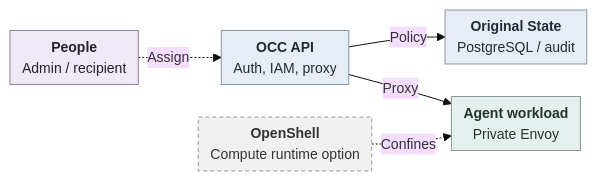
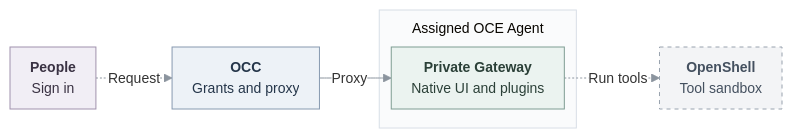
The diagram in specs/36-agent-access.md (IsaiahStapleton/openclaw-enterprise), drawn with Mermaid before and after one commit. The commit also changed other lines of this file and 4 other files, not shown here.

````diff
--- a/specs/36-agent-access.md
+++ b/specs/36-agent-access.md
@@ -31,31 +21,39 @@
 ```mermaid
 ---
 config:
   theme: base
+  htmlLabels: true
   themeVariables:
     fontSize: 14px
+    lineColor: "#8B949E"
+    edgeLabelBackground: "#FFFFFF"
+    clusterBkg: "#FAFBFC"
+    clusterBorder: "#D8DEE6"
   flowchart:
-    htmlLabels: true
-    nodeSpacing: 12
-    rankSpacing: 18
-    padding: 6
+    nodeSpacing: 18
+    rankSpacing: 24
+    padding: 10
+    subGraphTitleMargin:
+      top: 8
+      bottom: 10
 ---
 flowchart LR
-  H["<b>People</b><br/>Admin / recipient"]
-  C["<b>OCC API</b><br/>Auth, IAM, proxy"]
-  S["<b>Original State</b><br/>PostgreSQL / audit"]
-  R["<b>Agent workload</b><br/>Private Envoy"]
-  O["<b>OpenShell</b><br/>Compute runtime option"]
-  H -.->|Assign| C
-  C -->|Policy| S
-  C -->|Proxy| R
-  O -.->|Confines| R
-  classDef human fill:#eee9f4,stroke:#8f80a1,color:#26212e
-  classDef control fill:#e7edf5,stroke:#8595aa,color:#202b38
-  classDef runtime fill:#e5efed,stroke:#809c94,color:#22362f
-  classDef pending fill:#f0f0f0,stroke:#999,stroke-dasharray:4 3,color:#333
-  class H human
-  class C,S control
-  class R runtime
-  class O pending
+  P["<b>People</b><br/>Sign in"]
+  C["<b>OCC</b><br/>Grants and proxy"]
+  subgraph A["Assigned OCE Agent"]
+    G["<b>Private Gateway</b><br/>Native UI and plugins"]
+  end
+  E["<b>OpenShell</b><br/>Tool sandbox"]
+  P -.->|Request| C
+  C -->|Proxy| G
+  G -.->|Run tools| E
+  classDef person fill:#F1EEF5,stroke:#A091AD,color:#3A3243,stroke-width:1px
+  classDef control fill:#EDF2F7,stroke:#879AB0,color:#25364A,stroke-width:1px
+  classDef runtime fill:#EBF3F0,stroke:#7F9D93,color:#2B4038,stroke-width:1px
+  classDef pending fill:#F3F4F6,stroke:#98A2AE,color:#44505F,stroke-width:1px,stroke-dasharray:4 4
+  class P person
+  class C control
+  class G runtime
+  class E pending
+  style A fill:#FAFBFC,stroke:#D8DEE6,stroke-width:1px
 ```
````
